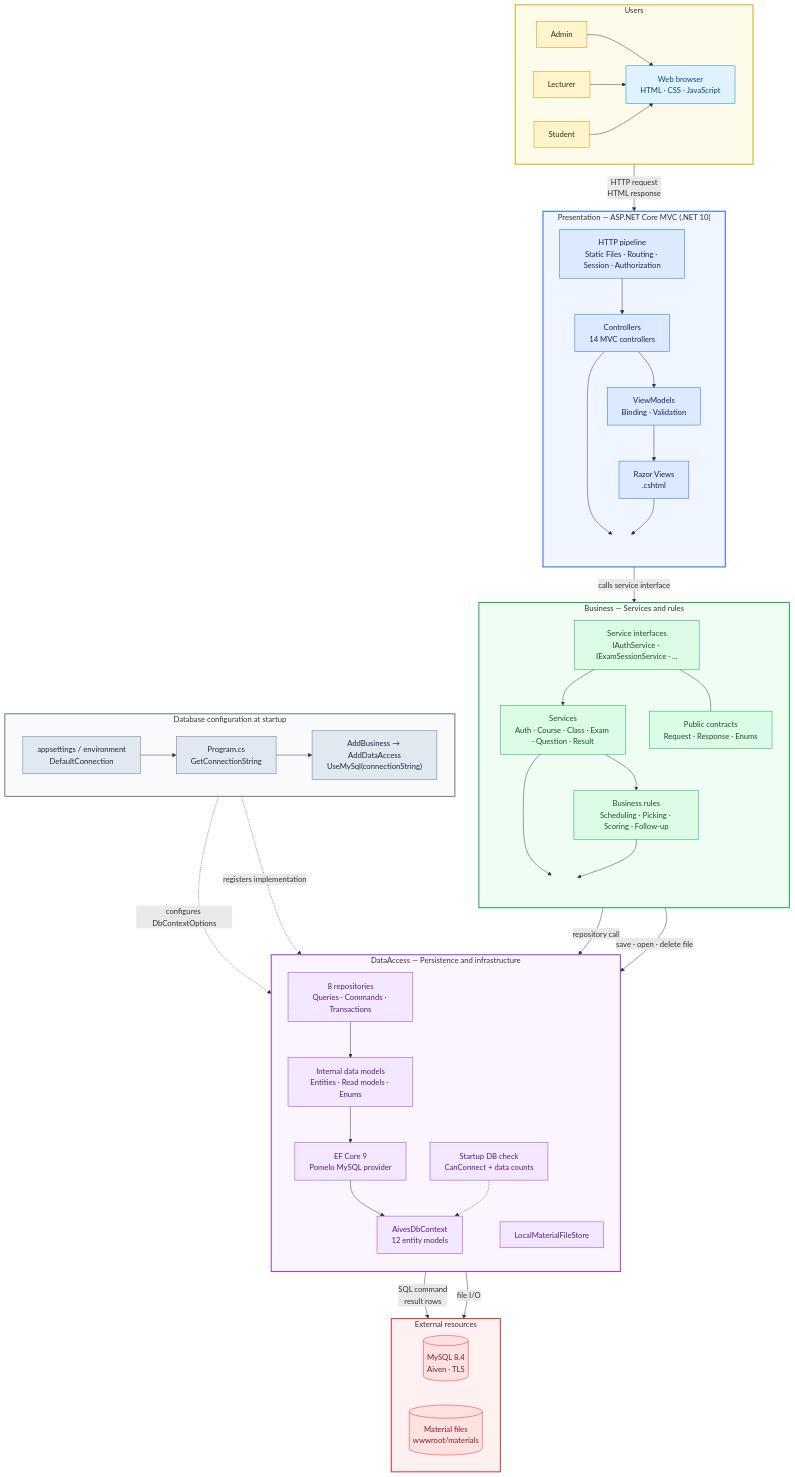
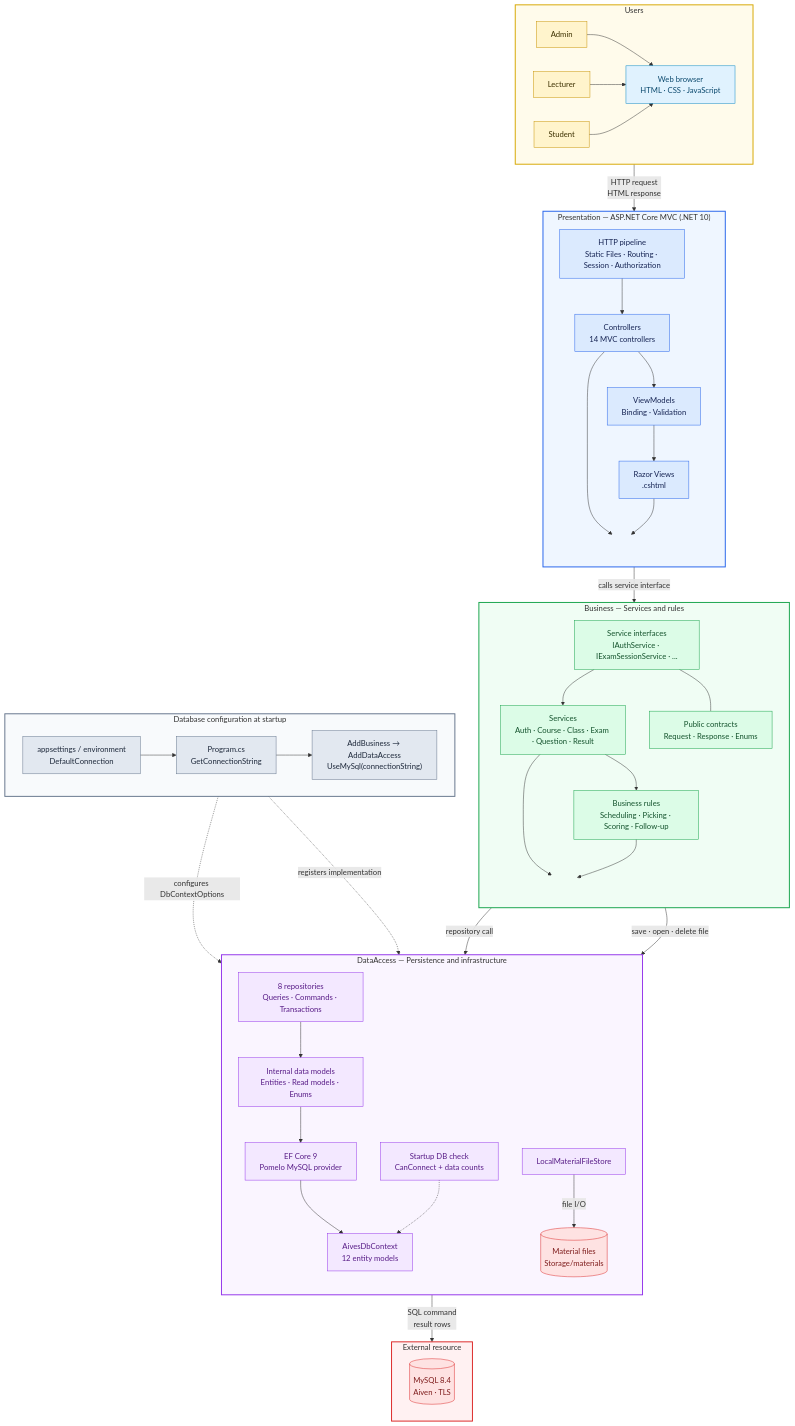
The diagram in docs/architecture.mmd (zanh154/PRN212_AS1), drawn with Mermaid before and after one commit. The commit also changed 141 other files, not shown here.

```diff
--- a/docs/architecture.mmd
+++ b/docs/architecture.mmd
@@ -1,96 +1,96 @@
 flowchart TB
     subgraph Users["Users"]
         direction LR
         Admin["Admin"]
         Lecturer["Lecturer"]
         Student["Student"]
         Browser["Web browser<br/>HTML · CSS · JavaScript"]
         Admin --> Browser
         Lecturer --> Browser
         Student --> Browser
     end
 
     subgraph Presentation["Presentation — ASP.NET Core MVC (.NET 10)"]
         direction TB
         Pipeline["HTTP pipeline<br/>Static Files · Routing · Session · Authorization"]
         Controllers["Controllers<br/>14 MVC controllers"]
         ViewModels["ViewModels<br/>Binding · Validation"]
         Views["Razor Views<br/>.cshtml"]
         PresentationOut[" "]
         Pipeline --> Controllers --> ViewModels --> Views
         Controllers --> PresentationOut
         Views --> PresentationOut
     end
 
     subgraph Business["Business — Services and rules"]
         direction TB
         ServicePorts["Service interfaces<br/>IAuthService · IExamSessionService · ..."]
         Services["Services<br/>Auth · Course · Class · Exam · Question · Result"]
         Rules["Business rules<br/>Scheduling · Picking · Scoring · Follow-up"]
         Contracts["Public contracts<br/>Request · Response · Enums"]
         BusinessOut[" "]
         ServicePorts --> Services --> Rules
         ServicePorts --- Contracts
         Services --> BusinessOut
         Rules --> BusinessOut
     end
 
     subgraph DataAccess["DataAccess — Persistence and infrastructure"]
         direction TB
         Repositories["8 repositories<br/>Queries · Commands · Transactions"]
         DataModels["Internal data models<br/>Entities · Read models · Enums"]
         EF["EF Core 9<br/>Pomelo MySQL provider"]
         DbContext["AivesDbContext<br/>12 entity models"]
         DbCheck["Startup DB check<br/>CanConnect + data counts"]
         FileStore["LocalMaterialFileStore"]
+        MaterialFiles[("Material files<br/>Storage/materials")]
         Repositories --> DataModels --> EF --> DbContext
         DbCheck -.-> DbContext
     end
 
     subgraph Configuration["Database configuration at startup"]
         direction LR
         Settings["appsettings / environment<br/>DefaultConnection"]
         Program["Program.cs<br/>GetConnectionString"]
         Registration["AddBusiness → AddDataAccess<br/>UseMySql(connectionString)"]
         Settings --> Program --> Registration
     end
 
-    subgraph Resources["External resources"]
+    subgraph Resources["External resource"]
         direction LR
         MySQL[("MySQL 8.4<br/>Aiven · TLS")]
-        MaterialFiles[("Material files<br/>wwwroot/materials")]
     end
 
     Browser -->|"HTTP request<br/>HTML response"| Pipeline
     PresentationOut -->|"calls service interface"| ServicePorts
     BusinessOut -->|"repository call"| Repositories
     Services -->|"save · open · delete file"| FileStore
     Registration -.->|"configures DbContextOptions"| EF
     Registration -.->|"registers implementation"| FileStore
     DbContext -->|"SQL command<br/>result rows"| MySQL
     FileStore -->|"file I/O"| MaterialFiles
 
     classDef actor fill:#fff4cc,stroke:#c79200,color:#3d3100
     classDef client fill:#e0f2fe,stroke:#0284c7,color:#0c4a6e
     classDef presentation fill:#dbeafe,stroke:#2563eb,color:#172554
     classDef business fill:#dcfce7,stroke:#16a34a,color:#14532d
     classDef data fill:#f3e8ff,stroke:#9333ea,color:#581c87
     classDef config fill:#e2e8f0,stroke:#64748b,color:#1e293b
     classDef storage fill:#fee2e2,stroke:#dc2626,color:#7f1d1d
     classDef hidden fill:transparent,stroke:transparent,color:transparent
 
     class Admin,Lecturer,Student actor
     class Browser client
     class Pipeline,Controllers,ViewModels,Views presentation
     class ServicePorts,Services,Rules,Contracts business
     class Repositories,DataModels,EF,DbContext,DbCheck,FileStore data
     class Settings,Program,Registration config
     class MySQL,MaterialFiles storage
     class PresentationOut,BusinessOut hidden
 
     style Users fill:#fffbeb,stroke:#d6a700,stroke-width:2px
     style Presentation fill:#eff6ff,stroke:#2563eb,stroke-width:2px
     style Business fill:#f0fdf4,stroke:#16a34a,stroke-width:2px
     style DataAccess fill:#faf5ff,stroke:#9333ea,stroke-width:2px
     style Configuration fill:#f8fafc,stroke:#64748b,stroke-width:2px
     style Resources fill:#fff1f2,stroke:#dc2626,stroke-width:2px
```
